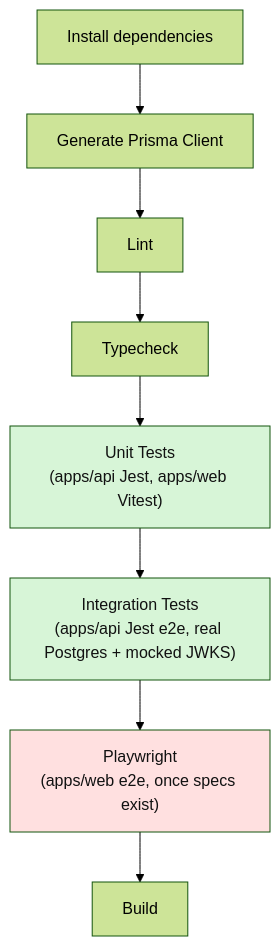
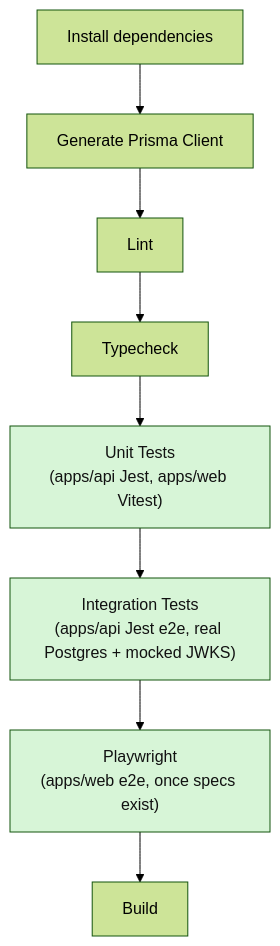
Before and after one commit to lakhaniyash/Smartsense-marketplace: the second of 2 diagrams in docs/testing.md, drawn with Mermaid (forest theme). The commit also changed other lines of this file and 24 other files, not shown here.

````diff
--- a/docs/testing.md
+++ b/docs/testing.md
@@ -365,14 +369,14 @@
 ```mermaid
 flowchart TD
     A["Install dependencies"] --> B["Generate Prisma Client"]
     B --> C["Lint"]
     C --> D["Typecheck"]
     D --> E["Unit Tests<br/>(apps/api Jest, apps/web Vitest)"]
     E --> F["Integration Tests<br/>(apps/api Jest e2e, real Postgres + mocked JWKS)"]
     F --> G["Playwright<br/>(apps/web e2e, once specs exist)"]
     G --> H["Build"]
 
     style E fill:#d7f5d7,color:#111
     style F fill:#d7f5d7,color:#111
-    style G fill:#ffe0e0,color:#111
+    style G fill:#d7f5d7,color:#111
 ```
````
